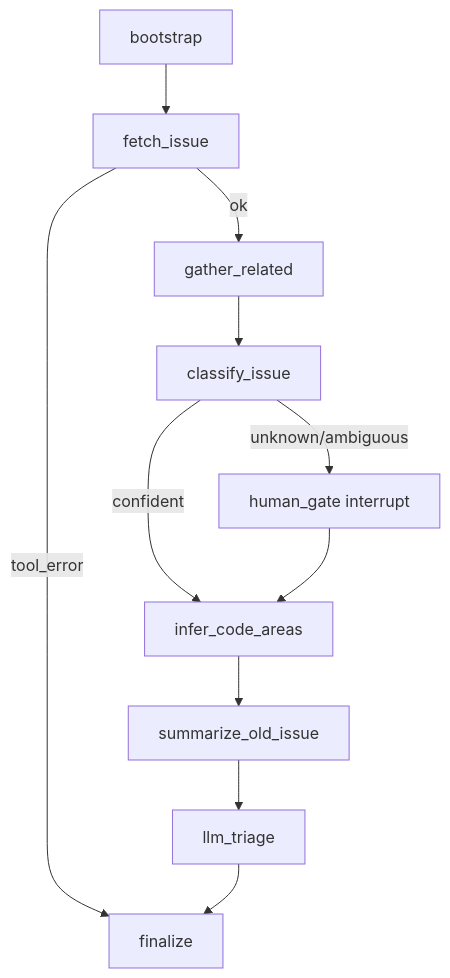
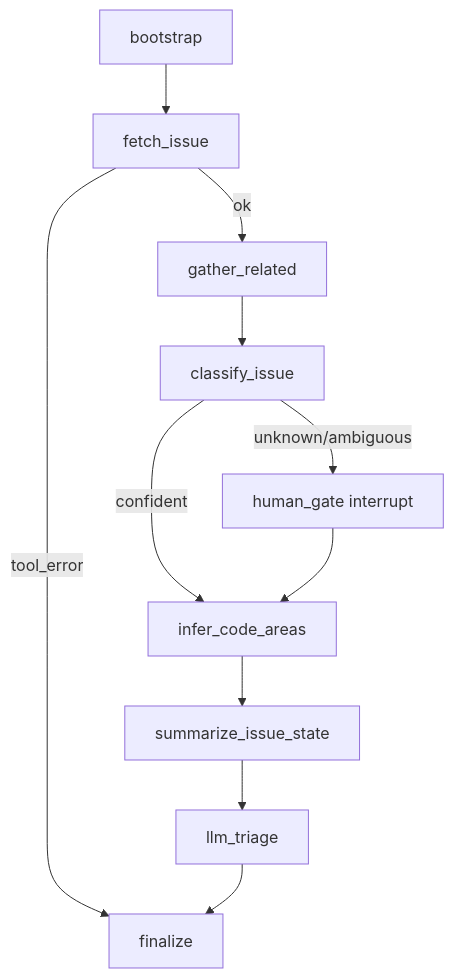
One commit to zerandr/github-issue-triage-agent changed the diagram in reports/final_report.md. Above: the diagram before and after it, drawn with Mermaid. The commit also changed other lines of this file and 272 other files, not shown here.

````diff
--- a/reports/final_report.md
+++ b/reports/final_report.md
@@ -27,13 +27,13 @@
 ```mermaid
 graph TD
   A[bootstrap] --> B[fetch_issue]
   B -->|tool_error| I[finalize]
   B -->|ok| C[gather_related]
   C --> D[classify_issue]
   D -->|unknown/ambiguous| E[human_gate interrupt]
   D -->|confident| F[infer_code_areas]
   E --> F
-  F --> G[summarize_old_issue]
+  F --> G[summarize_issue_state]
   G --> H[llm_triage]
   H --> I[finalize]
 ```
````
